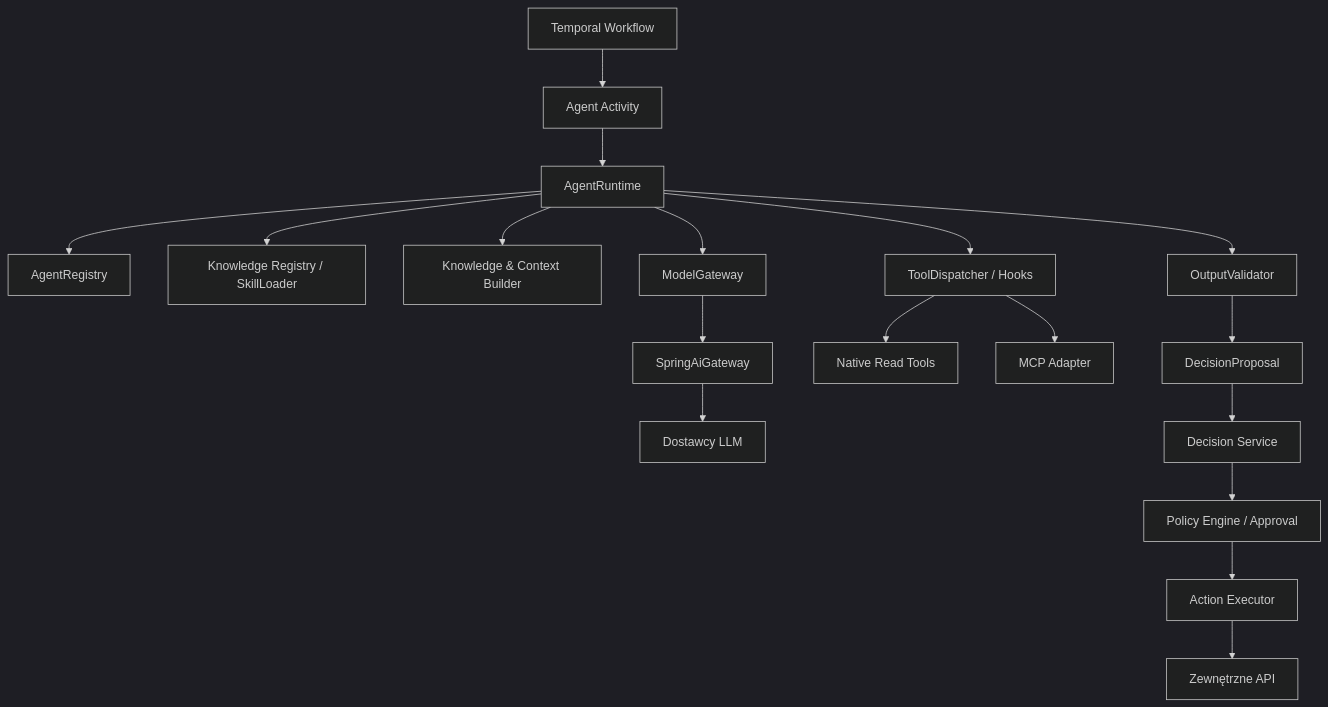
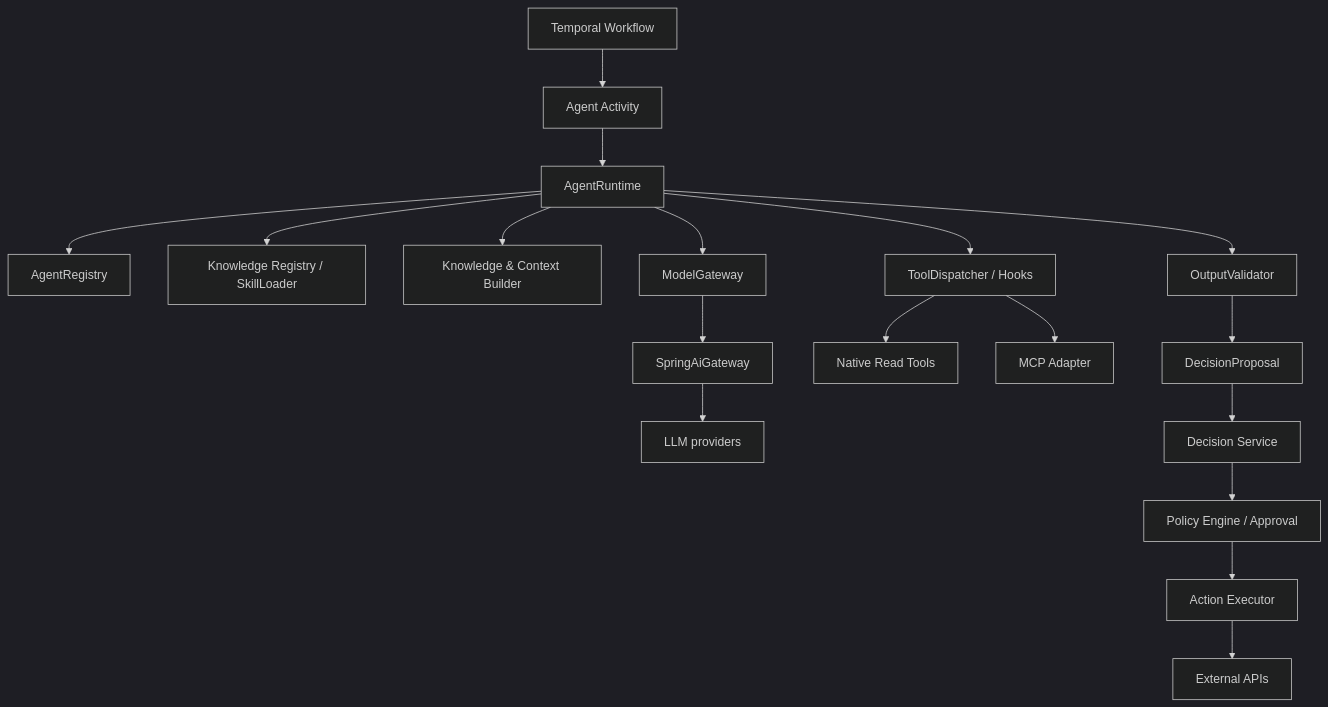
One commit to FabianLew/ecommerce-agent changed the diagram in docs/architecture/02-AI-AGENT-ARCHITECTURE.md. Above: the diagram before and after it, drawn with Mermaid (dark theme). The commit also changed other lines of this file and 4 other files, not shown here.

First line of the commit message:
Translate architecture documents 01-05 to English

````diff
--- a/docs/architecture/02-AI-AGENT-ARCHITECTURE.md
+++ b/docs/architecture/02-AI-AGENT-ARCHITECTURE.md
@@ -30,20 +30,20 @@
 ```mermaid
 flowchart TD
   WF[Temporal Workflow] --> A[Agent Activity]
   A --> RT[AgentRuntime]
   RT --> AR[AgentRegistry]
   RT --> SR[Knowledge Registry / SkillLoader]
   RT --> CB[Knowledge & Context Builder]
   RT --> MG[ModelGateway]
   MG --> SAI[SpringAiGateway]
-  SAI --> Providers[Dostawcy LLM]
+  SAI --> Providers[LLM providers]
   RT --> TD[ToolDispatcher / Hooks]
   TD --> Native[Native Read Tools]
   TD --> MCP[MCP Adapter]
   RT --> OV[OutputValidator]
   OV --> DP[DecisionProposal]
   DP --> DE[Decision Service]
   DE --> PE[Policy Engine / Approval]
   PE --> AE[Action Executor]
-  AE --> API[Zewnętrzne API]
+  AE --> API[External APIs]
 ```
````
